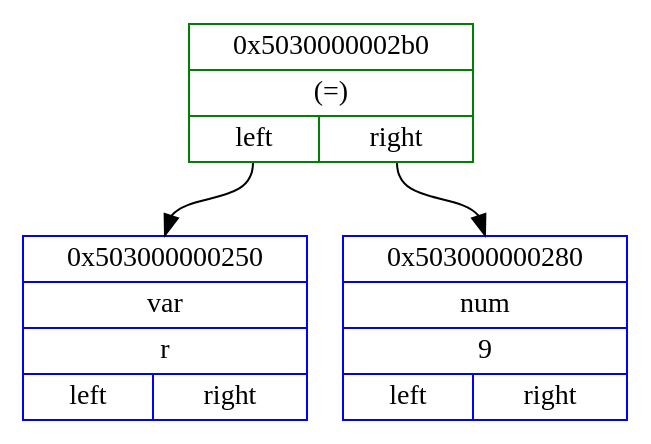
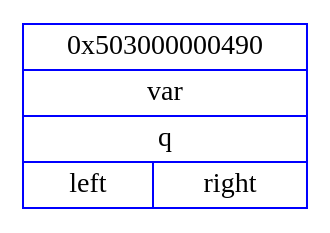
Before and after one commit to Matvey787/myProgLanguage: the diagram in predProcessing.dot, drawn with Graphviz. The commit also changed 611 other files, not shown here.

```diff
--- a/predProcessing.dot
+++ b/predProcessing.dot
@@ -1,10 +1,6 @@
 digraph
 { 
 rankdir=HR;
 
-node0x5030000002b0 [ shape=record, color = green rank = 1, label= "{ 0x5030000002b0 | (=) | {<n0x5030000002b0_l> left | <n0x5030000002b0_r> right}} " ];
-node0x503000000250 [ shape=record, color = blue rank = 2, label= "{ 0x503000000250 | var | r | {<n0x503000000250_l> left | <n0x503000000250_r> right}} " ];
-node0x5030000002b0:<n0x5030000002b0_l>:s -> node0x503000000250:n [ color = black; ]
-node0x503000000280 [ shape=record, color = blue rank = 3, label= "{ 0x503000000280 | num | 9 | {<n0x503000000280_l> left | <n0x503000000280_r> right}} " ];
-node0x5030000002b0:<n0x5030000002b0_r>:s -> node0x503000000280:n [ color = black; ]
+node0x503000000490 [ shape=record, color = blue rank = 1, label= "{ 0x503000000490 | var | q | {<n0x503000000490_l> left | <n0x503000000490_r> right}} " ];
 }
```
